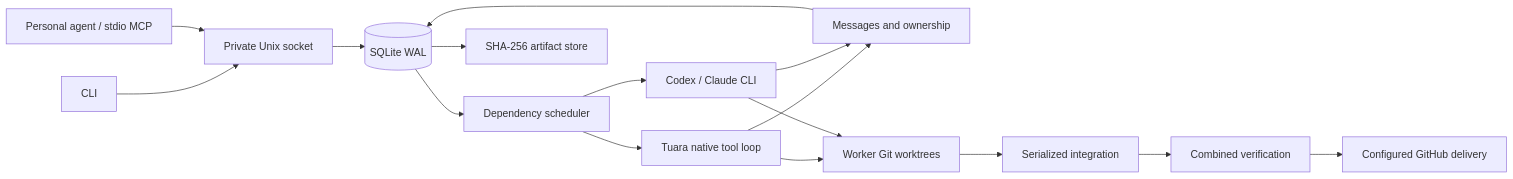
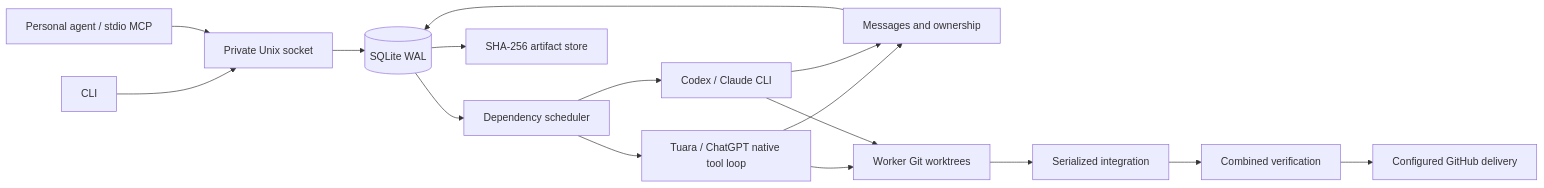
One commit to gethamster/horde changed the first of 2 diagrams in docs/architecture.md. Above: the diagram before and after it, drawn with Mermaid. The commit also changed other lines of this file and 34 other files, not shown here.

First line of the commit message:
Let Horde workers use authorized ChatGPT plan usage (#110)

````diff
--- a/docs/architecture.md
+++ b/docs/architecture.md
@@ -5,18 +5,18 @@
 ```mermaid
 flowchart LR
   CLI[CLI] --> RPC[Private Unix socket]
   MCP[Personal agent / stdio MCP] --> RPC
   RPC --> DB[(SQLite WAL)]
   DB --> Scheduler[Dependency scheduler]
-  Scheduler --> Native[Tuara native tool loop]
+  Scheduler --> Native[Tuara / ChatGPT native tool loop]
   Scheduler --> Harness[Codex / Claude CLI]
   Native --> Coordination[Messages and ownership]
   Harness --> Coordination
   Coordination --> DB
   Native --> Worktrees[Worker Git worktrees]
   Harness --> Worktrees
   Worktrees --> Integration[Serialized integration]
   Integration --> Checks[Combined verification]
   Checks --> Delivery[Configured GitHub delivery]
   DB --> CAS[SHA-256 artifact store]
 ```
````
